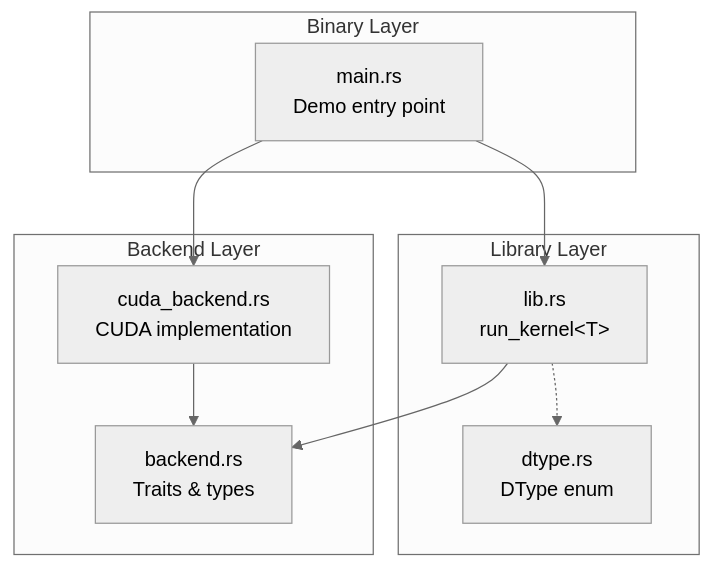
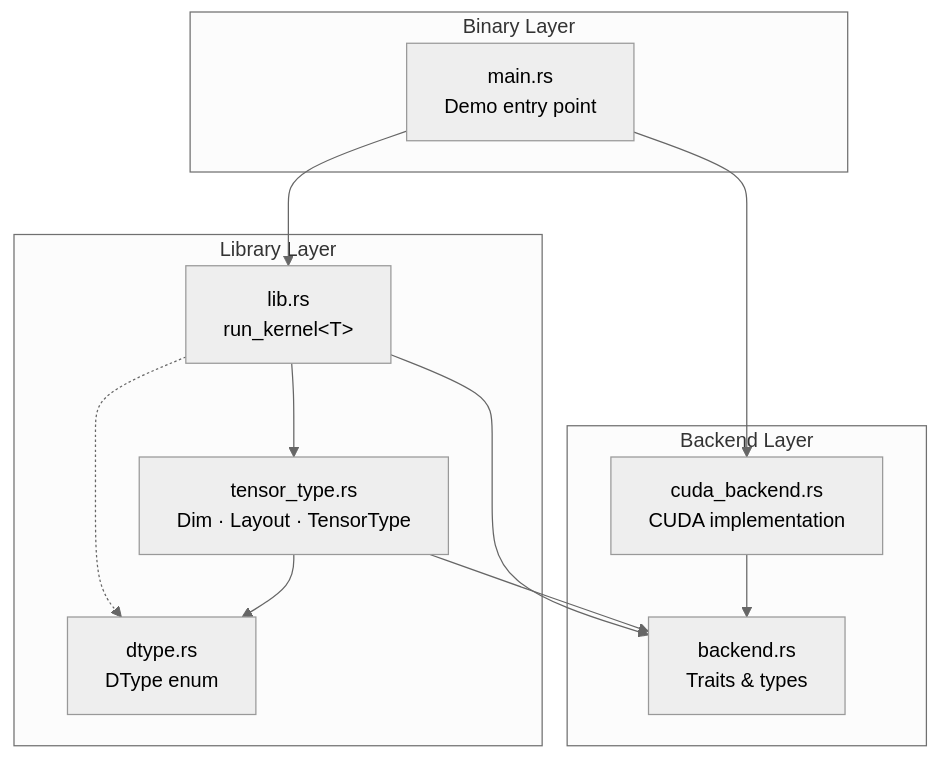
Before and after one commit to vansweej/graphynx: the first of 4 diagrams in docs/architecture.md, drawn with Mermaid (neutral theme). The commit also changed other lines of this file and 6 other files, not shown here.

First line of the commit message:
feat: implement TensorType tensor metadata type system

````diff
--- a/docs/architecture.md
+++ b/docs/architecture.md
@@ -9,22 +9,26 @@
 ```mermaid
 graph TB
     subgraph "Binary Layer"
         main["main.rs<br/>Demo entry point"]
     end
 
     subgraph "Library Layer"
         lib["lib.rs<br/>run_kernel&lt;T&gt;"]
         dtype["dtype.rs<br/>DType enum"]
+        tensor_type["tensor_type.rs<br/>Dim · Layout · TensorType"]
     end
 
     subgraph "Backend Layer"
         backend["backend.rs<br/>Traits & types"]
         cuda["cuda_backend.rs<br/>CUDA implementation"]
     end
 
     main --> lib
     main --> cuda
     lib --> backend
+    lib --> tensor_type
     cuda --> backend
     lib -.-> dtype
+    tensor_type --> dtype
+    tensor_type --> backend
 ```
````
